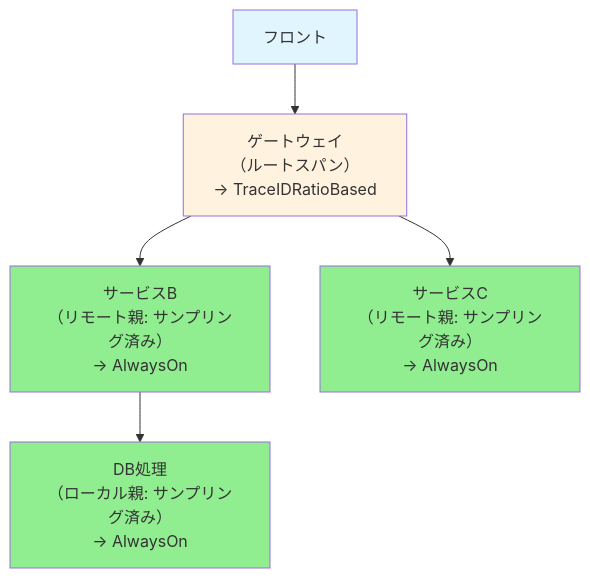
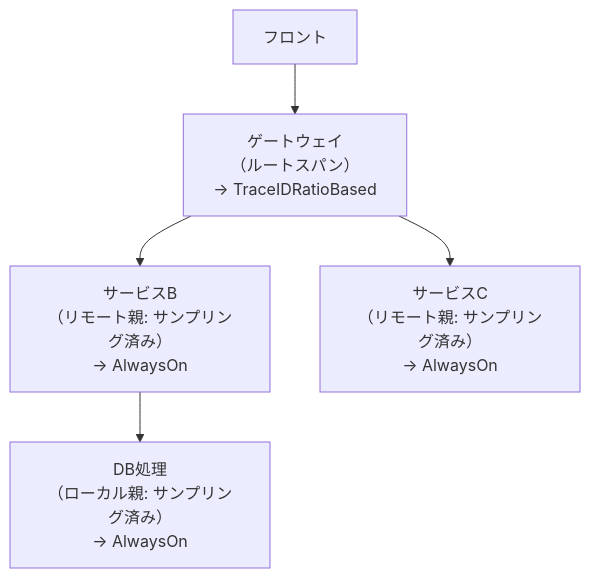
Before and after one commit to k3forx/zenn: the second of 2 diagrams in articles/0d30698e6b1b57.md, drawn with Mermaid. The commit also changed other lines of this file, not shown here.

````diff
--- a/articles/0d30698e6b1b57.md
+++ b/articles/0d30698e6b1b57.md
@@ -358,13 +283,7 @@
 ```mermaid
 graph TD
     A["フロント"] --> B["ゲートウェイ<br/>（ルートスパン）<br/>→ TraceIDRatioBased"]
     B --> C["サービスB<br/>（リモート親: サンプリング済み）<br/>→ AlwaysOn"]
     B --> D["サービスC<br/>（リモート親: サンプリング済み）<br/>→ AlwaysOn"]
     C --> E["DB処理<br/>（ローカル親: サンプリング済み）<br/>→ AlwaysOn"]
-
-    style A fill:#e1f5fe
-    style B fill:#fff3e0
-    style C fill:#90EE90
-    style D fill:#90EE90
-    style E fill:#90EE90
 ```
````
